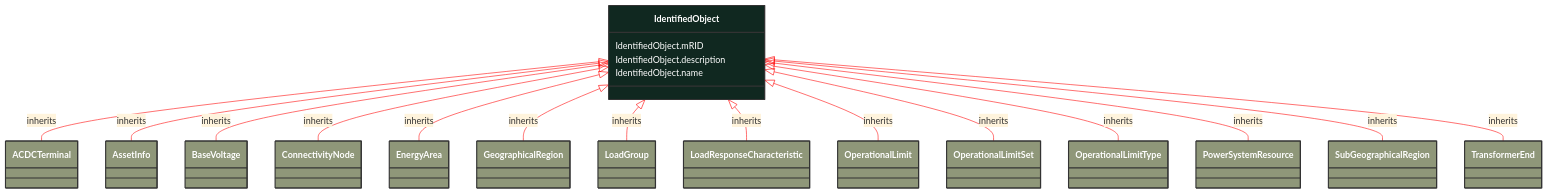
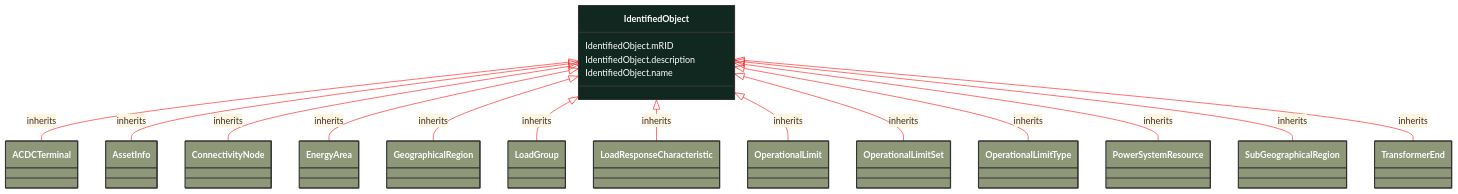
One commit to 3lbits/NoCIMExtensions changed the diagram in docs/Models/Profiles/Telemark-120Equipment/AbstractClasses/IdentifiedObject.md. Above: the diagram before and after it, drawn with Mermaid. The commit also changed 50 other files, not shown here.

```diff
--- a/docs/Models/Profiles/Telemark-120Equipment/AbstractClasses/IdentifiedObject.md
+++ b/docs/Models/Profiles/Telemark-120Equipment/AbstractClasses/IdentifiedObject.md
@@ -25,12 +25,6 @@
         AssetInfo
             click AssetInfo href "/Models/Profiles/Telemark-120Equipment/ConcreteClasses/AssetInfo/"
             style AssetInfo fill:#8F9779,stroke:#333,stroke-width:2px,rx:10,ry:10,color:white
-
-        IdentifiedObject <|-- BaseVoltage : inherits
-
-        BaseVoltage
-            click BaseVoltage href "/Models/Profiles/Telemark-120Equipment/ConcreteClasses/BaseVoltage/"
-            style BaseVoltage fill:#8F9779,stroke:#333,stroke-width:2px,rx:10,ry:10,color:white
 
         IdentifiedObject <|-- ConnectivityNode : inherits
 
```
